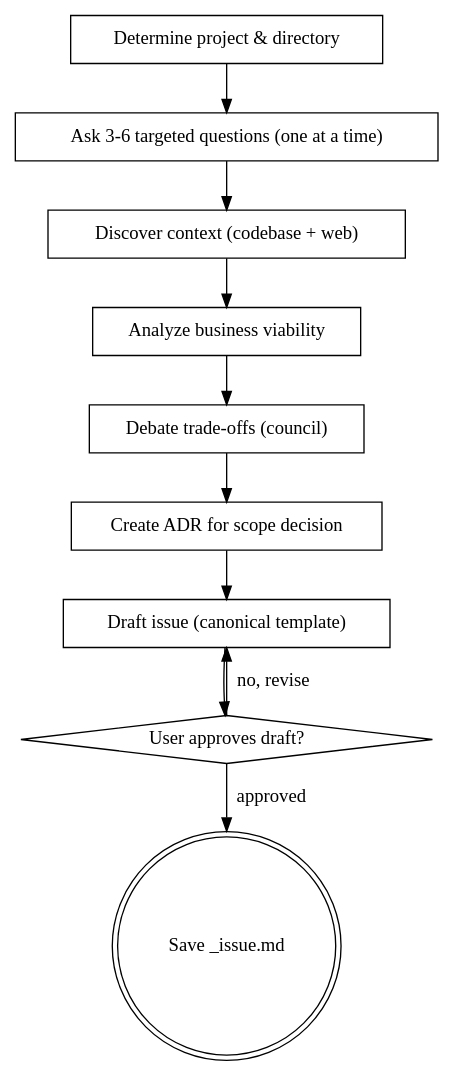
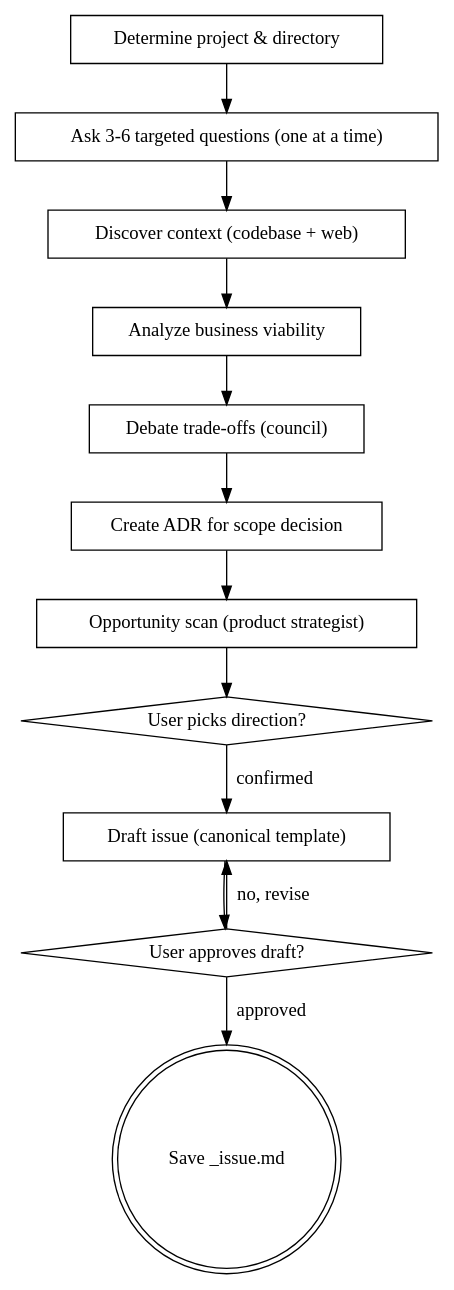
One commit to compozy/compozy changed the diagram in internal/setup/assets/skills/cy-create-issue/SKILL.md. Above: the diagram before and after it, drawn with Graphviz. The commit also changed other lines of this file and 1 other file, not shown here.

````diff
--- a/internal/setup/assets/skills/cy-create-issue/SKILL.md
+++ b/internal/setup/assets/skills/cy-create-issue/SKILL.md
@@ -152,23 +169,27 @@
 ```dot
 digraph create_issue {
     "Determine project & directory" [shape=box];
     "Ask 3-6 targeted questions (one at a time)" [shape=box];
     "Discover context (codebase + web)" [shape=box];
     "Analyze business viability" [shape=box];
     "Debate trade-offs (council)" [shape=box];
     "Create ADR for scope decision" [shape=box];
+    "Opportunity scan (product strategist)" [shape=box];
+    "User picks direction?" [shape=diamond];
     "Draft issue (canonical template)" [shape=box];
     "User approves draft?" [shape=diamond];
     "Save _issue.md" [shape=doublecircle];
 
     "Determine project & directory" -> "Ask 3-6 targeted questions (one at a time)";
     "Ask 3-6 targeted questions (one at a time)" -> "Discover context (codebase + web)";
     "Discover context (codebase + web)" -> "Analyze business viability";
     "Analyze business viability" -> "Debate trade-offs (council)";
     "Debate trade-offs (council)" -> "Create ADR for scope decision";
-    "Create ADR for scope decision" -> "Draft issue (canonical template)";
+    "Create ADR for scope decision" -> "Opportunity scan (product strategist)";
+    "Opportunity scan (product strategist)" -> "User picks direction?";
+    "User picks direction?" -> "Draft issue (canonical template)" [label="confirmed"];
     "Draft issue (canonical template)" -> "User approves draft?";
     "User approves draft?" -> "Draft issue (canonical template)" [label="no, revise"];
     "User approves draft?" -> "Save _issue.md" [label="approved"];
 }
 ```
````
